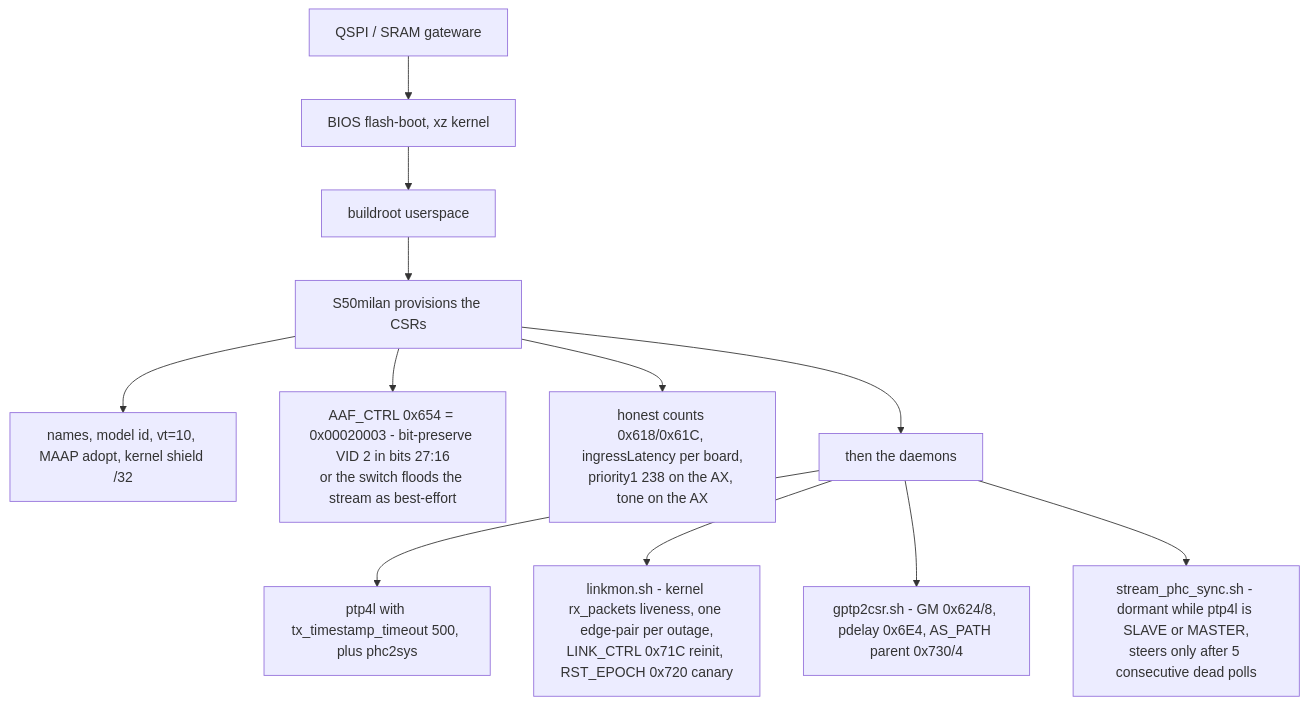
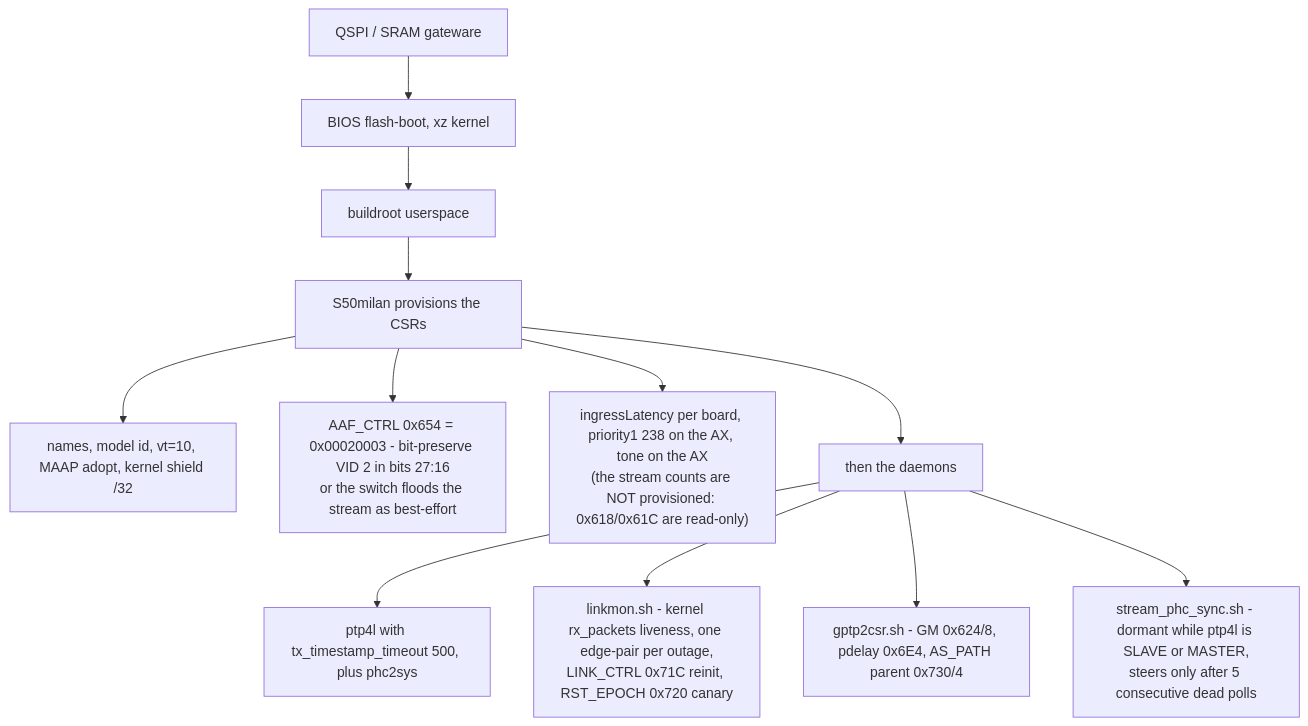
One commit to kebag-logic/milan-fpga changed the third of 3 diagrams in docs/findings/BENCH_TOPOLOGY.md. Above: the diagram before and after it, drawn with Mermaid. The commit also changed other lines of this file and 24 other files, not shown here.

````diff
--- a/docs/findings/BENCH_TOPOLOGY.md
+++ b/docs/findings/BENCH_TOPOLOGY.md
@@ -226,14 +226,14 @@
 ```mermaid
 flowchart TB
     Q["QSPI / SRAM gateware"] --> B["BIOS flash-boot, xz kernel"]
     B --> BR["buildroot userspace"]
     BR --> S["S50milan provisions the CSRs"]
     S --> S1["names, model id, vt=10, MAAP adopt, kernel shield /32"]
     S --> S2["AAF_CTRL 0x654 = 0x00020003 - bit-preserve VID 2 in bits 27:16<br/>or the switch floods the stream as best-effort"]
-    S --> S3["honest counts 0x618/0x61C, ingressLatency per board,<br/>priority1 238 on the AX, tone on the AX"]
+    S --> S3["ingressLatency per board, priority1 238 on the AX, tone on the AX<br/>(the stream counts are NOT provisioned: 0x618/0x61C are read-only)"]
     S --> DMN["then the daemons"]
     DMN --> D1["ptp4l with tx_timestamp_timeout 500, plus phc2sys"]
     DMN --> D2["linkmon.sh - kernel rx_packets liveness, one edge-pair per outage,<br/>LINK_CTRL 0x71C reinit, RST_EPOCH 0x720 canary"]
     DMN --> D3["gptp2csr.sh - GM 0x624/8, pdelay 0x6E4, AS_PATH parent 0x730/4"]
     DMN --> D4["stream_phc_sync.sh - dormant while ptp4l is SLAVE or MASTER,<br/>steers only after 5 consecutive dead polls"]
 ```
````
